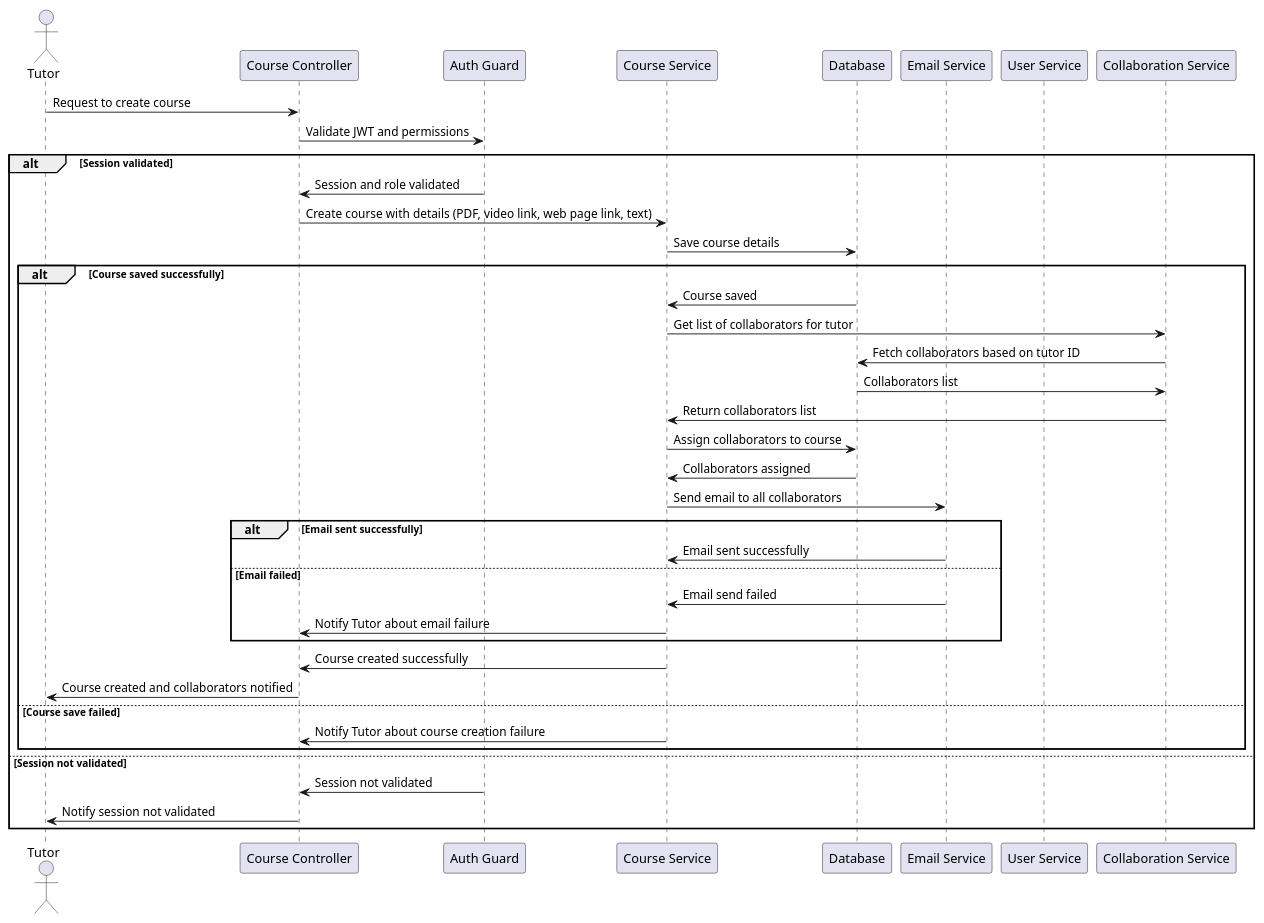
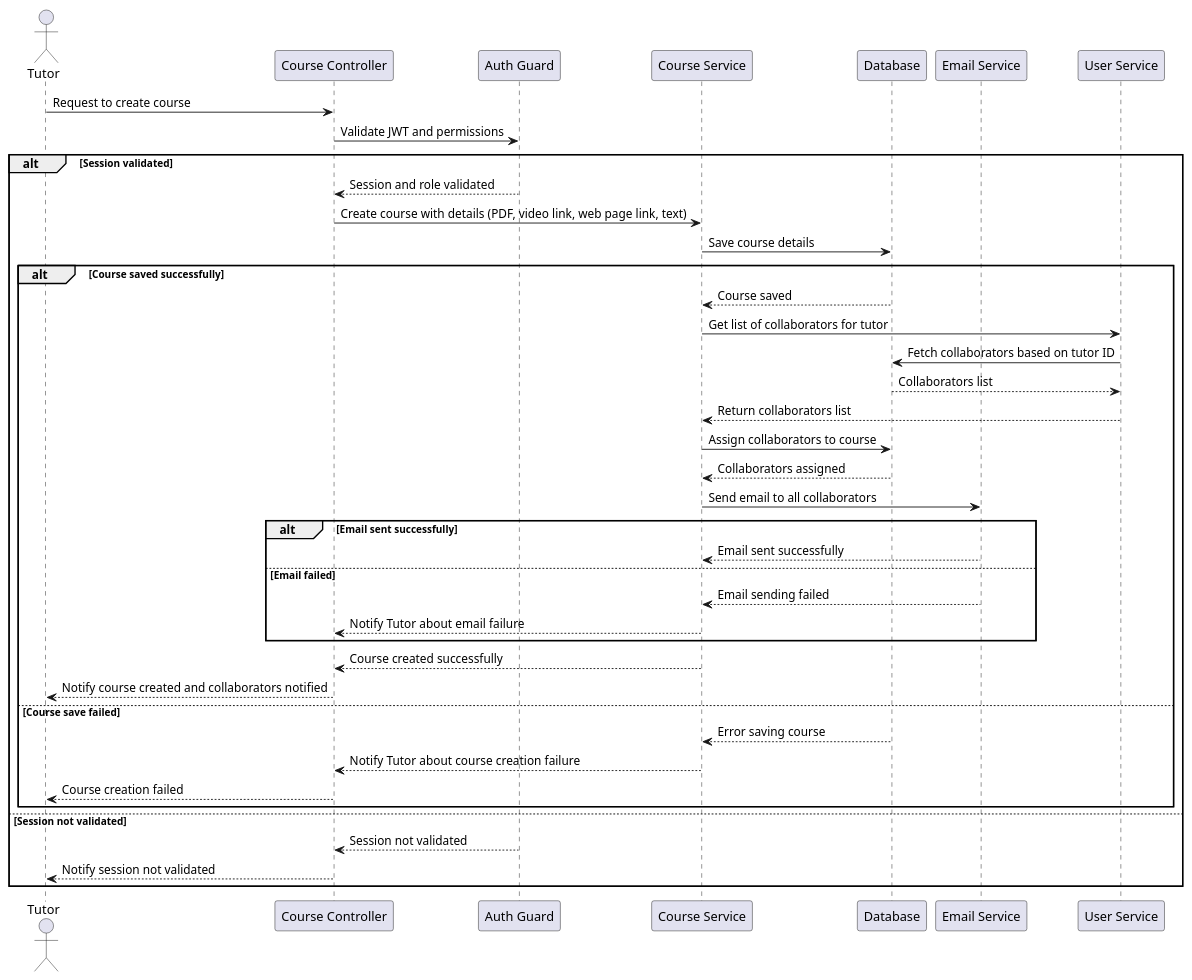
One commit to Davidben75/Elearn_api changed the diagram in UML/sequence/sequence_course_creation.pu. Above: the diagram before and after it, drawn with PlantUML. The commit also changed 5 other files, not shown here.

Commit message:
update UML diagramm

```diff
--- a/UML/sequence/sequence_course_creation.pu
+++ b/UML/sequence/sequence_course_creation.pu
@@ -1,50 +1,51 @@
-@startuml 'Course creation with centralized service logic and error handling'
+@startuml "Course creation"
 
 actor Tutor
 participant "Course Controller" as CourseController
 participant "Auth Guard" as AuthGuard
 participant "Course Service" as CourseService
 participant "Database" as Database
 participant "Email Service" as EmailService
-participant "User Service" as UsersService
-participant "Collaboration Service" as CollaborationService
+participant "User Service" as UserService
 
 Tutor -> CourseController: Request to create course
 CourseController -> AuthGuard: Validate JWT and permissions
 
 alt Session validated
-    AuthGuard -> CourseController: Session and role validated
+    AuthGuard --> CourseController: Session and role validated
     CourseController -> CourseService: Create course with details (PDF, video link, web page link, text)
 
     CourseService -> Database: Save course details
     alt Course saved successfully
-        Database -> CourseService: Course saved
+        Database --> CourseService: Course saved
 
-        CourseService -> CollaborationService: Get list of collaborators for tutor
-        CollaborationService -> Database: Fetch collaborators based on tutor ID
-        Database -> CollaborationService: Collaborators list
-        CollaborationService -> CourseService: Return collaborators list
+        CourseService -> UserService: Get list of collaborators for tutor
+        UserService -> Database: Fetch collaborators based on tutor ID
+        Database --> UserService: Collaborators list
+        UserService --> CourseService: Return collaborators list
 
         CourseService -> Database: Assign collaborators to course
-        Database -> CourseService: Collaborators assigned
+        Database --> CourseService: Collaborators assigned
 
         CourseService -> EmailService: Send email to all collaborators
         alt Email sent successfully
-            EmailService -> CourseService: Email sent successfully
+            EmailService --> CourseService: Email sent successfully
         else Email failed
-            EmailService -> CourseService: Email send failed
-            CourseService -> CourseController: Notify Tutor about email failure
+            EmailService --> CourseService: Email sending failed
+            CourseService --> CourseController: Notify Tutor about email failure
         end
 
-        CourseService -> CourseController: Course created successfully
-        CourseController -> Tutor: Course created and collaborators notified
+        CourseService --> CourseController: Course created successfully
+        CourseController --> Tutor: Notify course created and collaborators notified
     else Course save failed
-        CourseService -> CourseController: Notify Tutor about course creation failure
+        Database --> CourseService: Error saving course
+        CourseService --> CourseController: Notify Tutor about course creation failure
+        CourseController --> Tutor: Course creation failed
     end
 
 else Session not validated
-    AuthGuard -> CourseController: Session not validated
-    CourseController -> Tutor: Notify session not validated
+    AuthGuard --> CourseController: Session not validated
+    CourseController --> Tutor: Notify session not validated
 end
 
 @enduml
```
